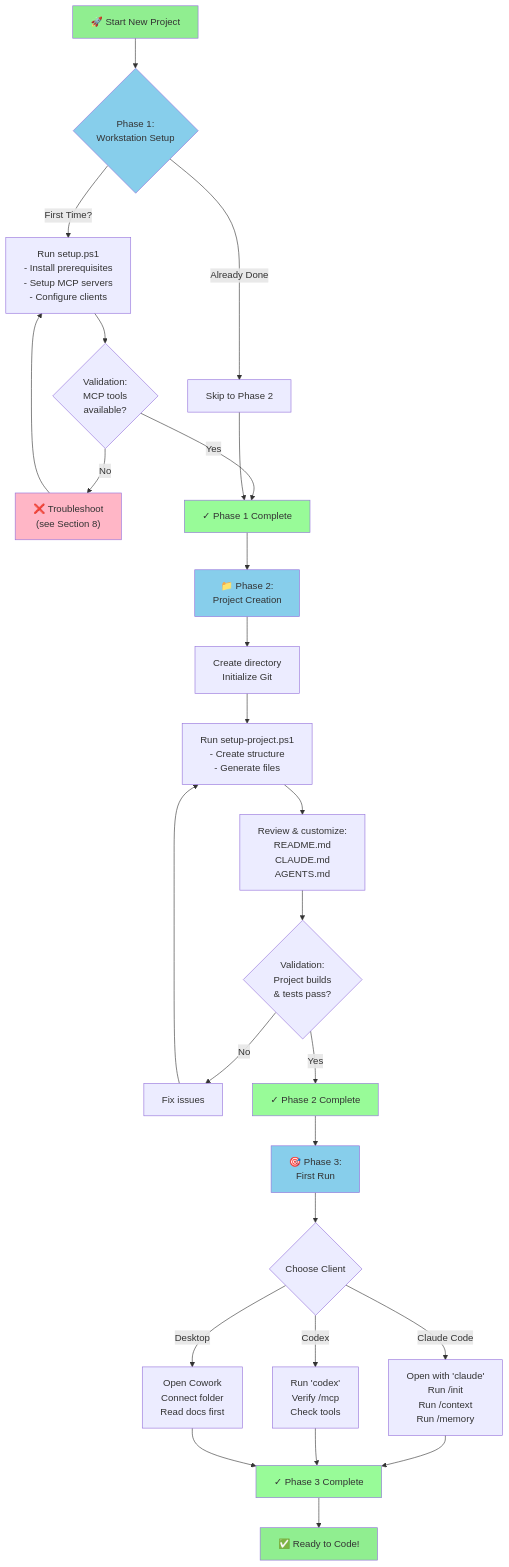
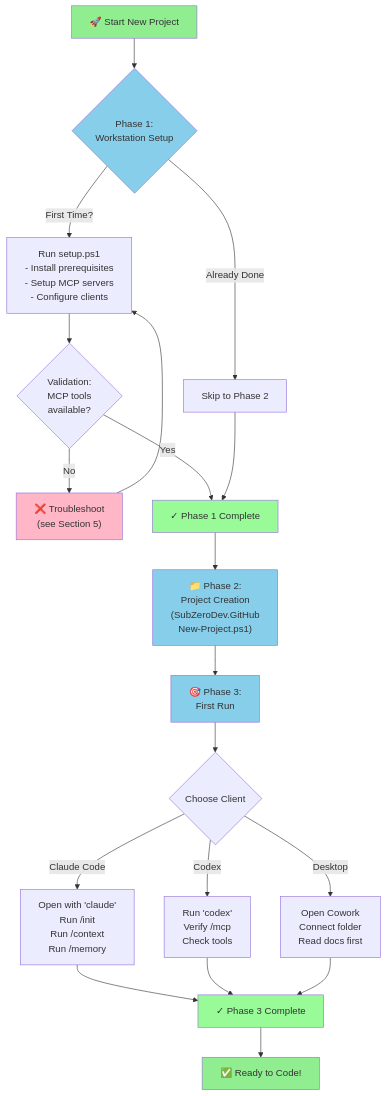
The first of 9 diagrams in setup-llm/docs/architecture/setup-flowcharts.md (The-Running-Dev/SubZeroDev.Workspace), drawn with Mermaid before and after one commit. The commit also changed other lines of this file and 56 other files, not shown here.

First line of the commit message:
Move project scaffolding to SubZeroDev.GitHub (#53)

````diff
--- a/setup-llm/docs/architecture/setup-flowcharts.md
+++ b/setup-llm/docs/architecture/setup-flowcharts.md
@@ -15,49 +15,39 @@
 ```mermaid
 graph TD
     Start["🚀 Start New Project"] --> Phase1{Phase 1:<br/>Workstation Setup}
     
     Phase1 -->|First Time?| P1A["Run setup.ps1<br/>- Install prerequisites<br/>- Setup MCP servers<br/>- Configure clients"]
     Phase1 -->|Already Done| P1B["Skip to Phase 2"]
     
     P1A --> P1Check{"Validation:<br/>MCP tools<br/>available?"}
-    P1Check -->|No| P1Fail["❌ Troubleshoot<br/>(see Section 8)"]
+    P1Check -->|No| P1Fail["❌ Troubleshoot<br/>(see Section 5)"]
     P1Check -->|Yes| P1Success["✓ Phase 1 Complete"]
     
     P1B --> P1Success
     P1Fail --> P1A
     
-    P1Success --> Phase2["📁 Phase 2:<br/>Project Creation"]
+    P1Success --> Phase2["📁 Phase 2:<br/>Project Creation<br/>(SubZeroDev.GitHub<br/>New-Project.ps1)"]
     
-    Phase2 --> P2A["Create directory<br/>Initialize Git"]
-    P2A --> P2B["Run setup-project.ps1<br/>- Create structure<br/>- Generate files"]
-    P2B --> P2C["Review & customize:<br/>README.md<br/>CLAUDE.md<br/>AGENTS.md"]
-    
-    P2C --> P2Check{"Validation:<br/>Project builds<br/>& tests pass?"}
-    P2Check -->|No| P2Fix["Fix issues"]
-    P2Fix --> P2B
-    P2Check -->|Yes| P2Success["✓ Phase 2 Complete"]
-    
-    P2Success --> Phase3["🎯 Phase 3:<br/>First Run"]
+    Phase2 --> Phase3["🎯 Phase 3:<br/>First Run"]
     
     Phase3 --> ClientChoice{Choose Client}
     
     ClientChoice -->|Claude Code| P3A["Open with 'claude'<br/>Run /init<br/>Run /context<br/>Run /memory"]
     ClientChoice -->|Codex| P3B["Run 'codex'<br/>Verify /mcp<br/>Check tools"]
     ClientChoice -->|Desktop| P3C["Open Cowork<br/>Connect folder<br/>Read docs first"]
     
     P3A --> P3Success["✓ Phase 3 Complete"]
     P3B --> P3Success
     P3C --> P3Success
     
     P3Success --> Done["✅ Ready to Code!"]
     
     style Start fill:#90EE90
     style Done fill:#90EE90
     style Phase1 fill:#87CEEB
     style Phase2 fill:#87CEEB
     style Phase3 fill:#87CEEB
     style P1Fail fill:#FFB6C6
     style P1Success fill:#98FB98
-    style P2Success fill:#98FB98
     style P3Success fill:#98FB98
 ```
````
